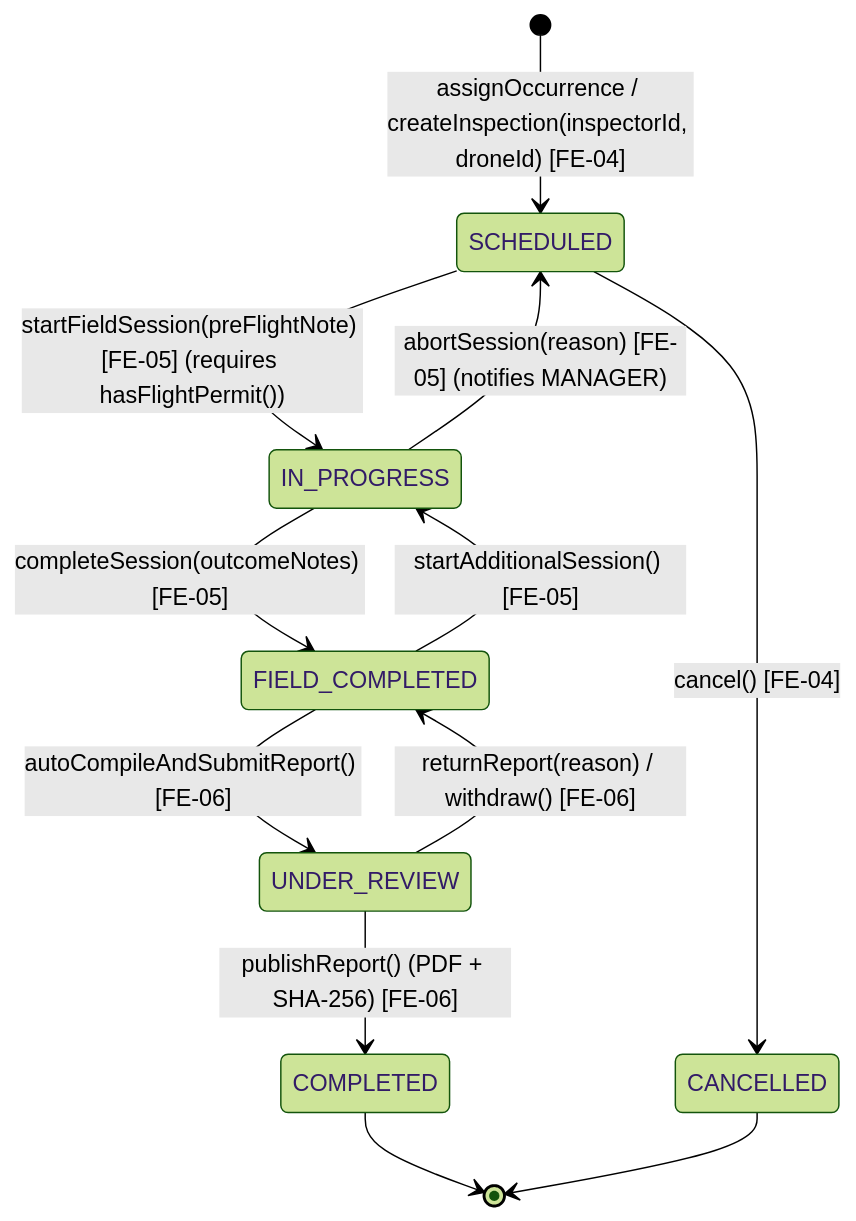
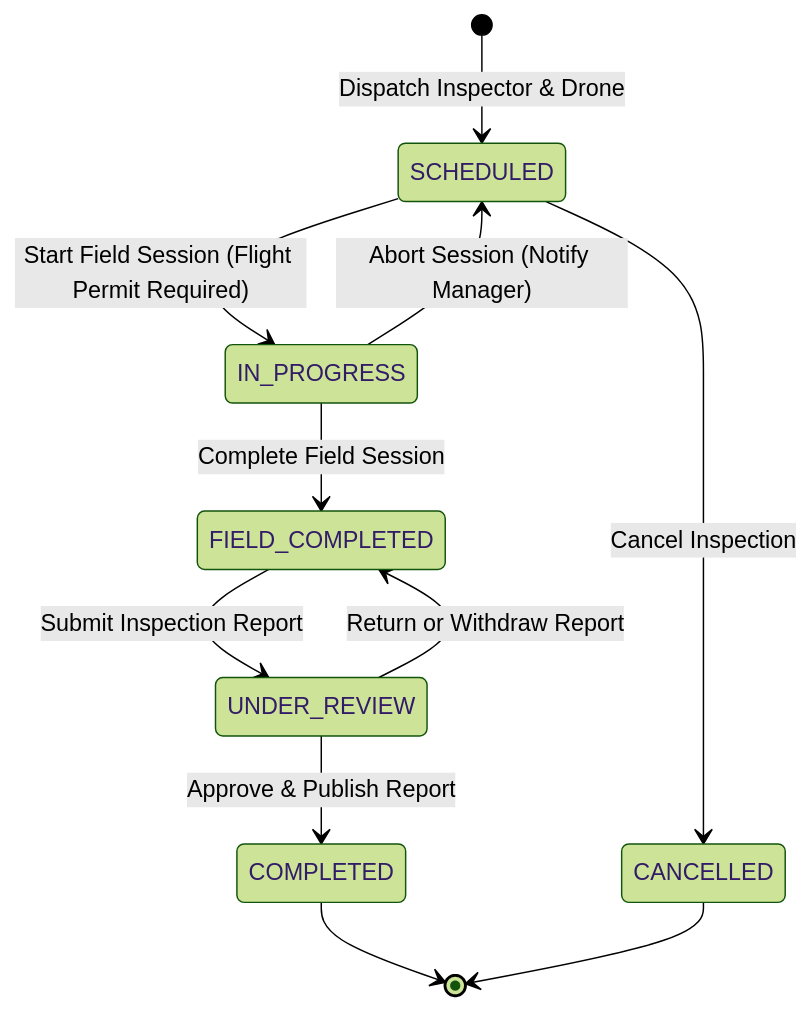
The third of 5 diagrams in reports/report-4-software-design-document/02-database-design.md (tungbach12/SmartDroneInspection-Docs), drawn with Mermaid (forest theme) before and after one commit. The commit also changed other lines of this file and 206 other files, not shown here.

First line of the commit message:
docs(reports): synchronize Report 1-5 changes, update diagrams, and clean exports

````diff
--- a/reports/report-4-software-design-document/02-database-design.md
+++ b/reports/report-4-software-design-document/02-database-design.md
@@ -689,16 +150,15 @@
 ```mermaid
-%% title: Inspection, FieldSession and InspectionReport State Machine Diagram
+%% title: Inspection and Field Session State Machine Diagram
 stateDiagram-v2
   direction TB
-  [*] --> SCHEDULED : assignOccurrence / createInspection(inspectorId, droneId) [FE-04]
-  SCHEDULED --> IN_PROGRESS : startFieldSession(preFlightNote) [FE-05] (requires hasFlightPermit())
-  IN_PROGRESS --> SCHEDULED : abortSession(reason) [FE-05] (notifies MANAGER)
-  IN_PROGRESS --> FIELD_COMPLETED : completeSession(outcomeNotes) [FE-05]
-  FIELD_COMPLETED --> IN_PROGRESS : startAdditionalSession() [FE-05]
-  FIELD_COMPLETED --> UNDER_REVIEW : autoCompileAndSubmitReport() [FE-06]
-  UNDER_REVIEW --> FIELD_COMPLETED : returnReport(reason) / withdraw() [FE-06]
-  UNDER_REVIEW --> COMPLETED : publishReport() (PDF + SHA-256) [FE-06]
-  SCHEDULED --> CANCELLED : cancel() [FE-04]
+  [*] --> SCHEDULED : Dispatch Inspector & Drone
+  SCHEDULED --> IN_PROGRESS : Start Field Session (Flight Permit Required)
+  IN_PROGRESS --> SCHEDULED : Abort Session (Notify Manager)
+  IN_PROGRESS --> FIELD_COMPLETED : Complete Field Session
+  FIELD_COMPLETED --> UNDER_REVIEW : Submit Inspection Report
+  UNDER_REVIEW --> FIELD_COMPLETED : Return or Withdraw Report
+  UNDER_REVIEW --> COMPLETED : Approve & Publish Report
+  SCHEDULED --> CANCELLED : Cancel Inspection
   COMPLETED --> [*]
   CANCELLED --> [*]
 ```
````
